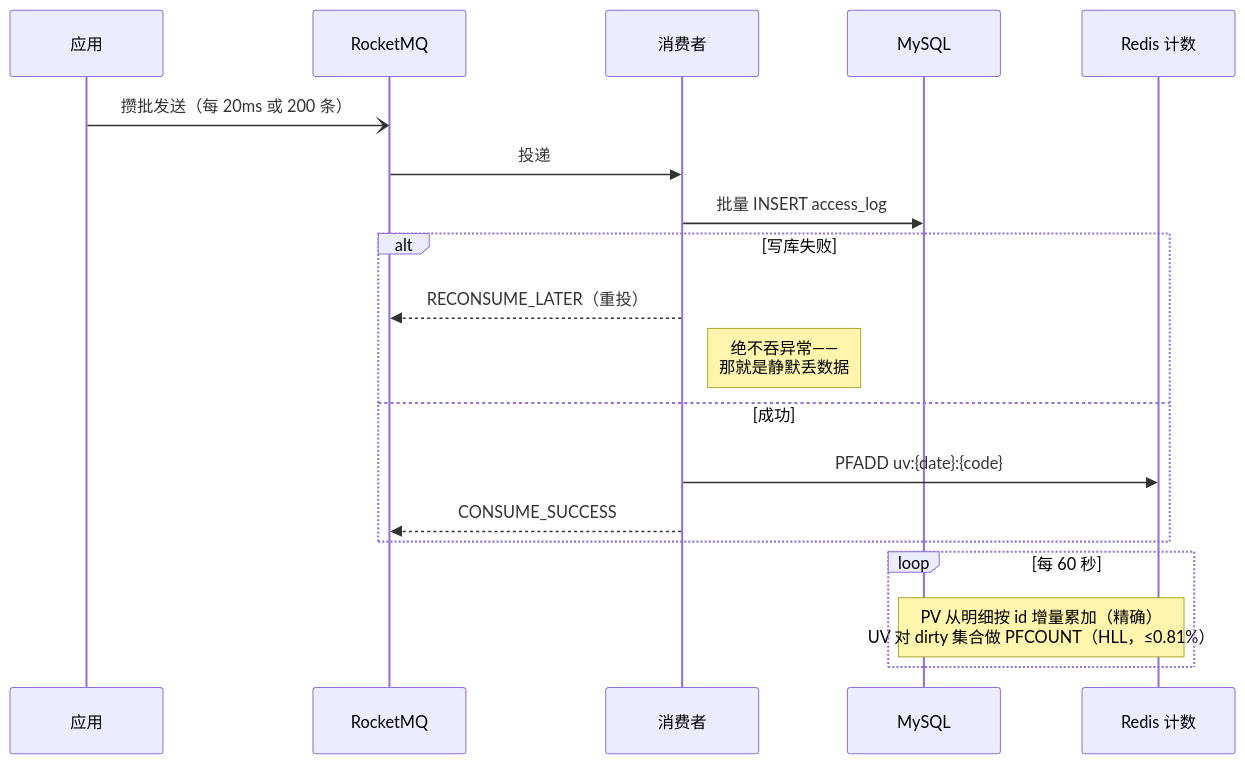
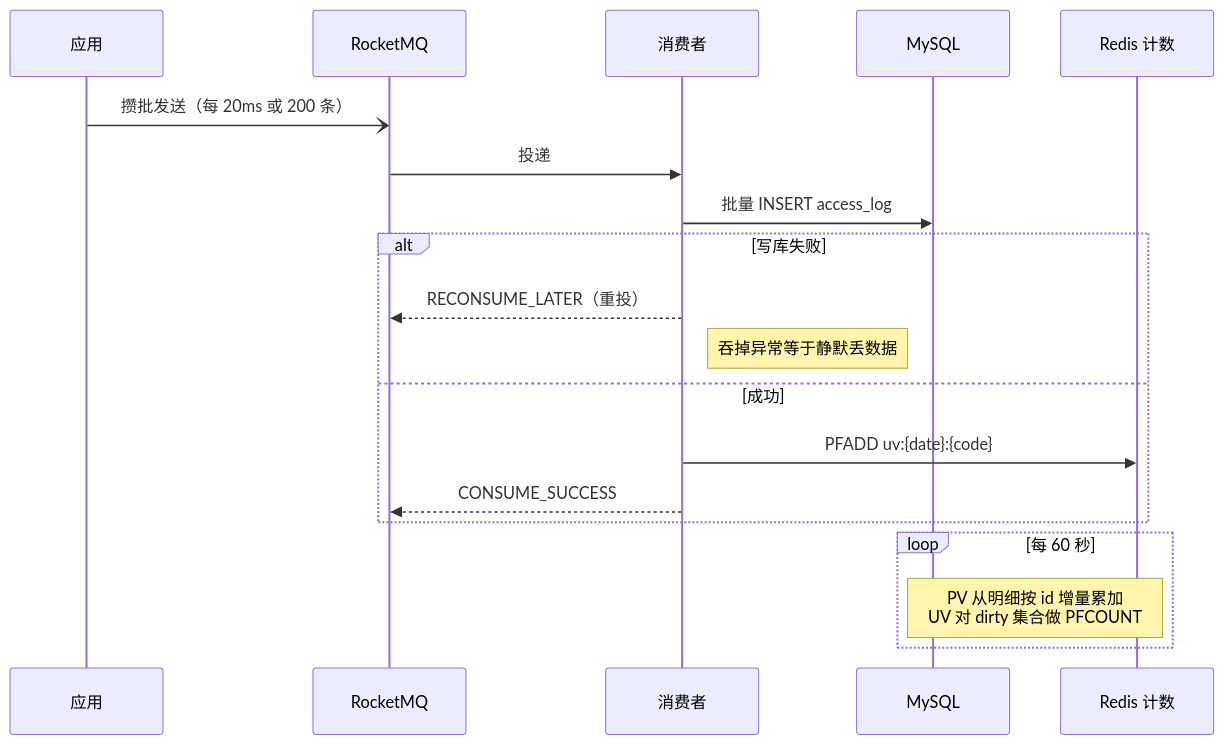
Before and after one commit to Xiangyfff/shortlink: the fourth of 4 diagrams in README.md, drawn with Mermaid. The commit also changed other lines of this file, not shown here.

````diff
--- a/README.md
+++ b/README.md
@@ -197,21 +177,21 @@
 ```mermaid
 sequenceDiagram
     participant A as 应用
     participant MQ as RocketMQ
     participant C as 消费者
     participant D as MySQL
     participant H as Redis 计数
     A-)MQ: 攒批发送（每 20ms 或 200 条）
     MQ->>C: 投递
     C->>D: 批量 INSERT access_log
     alt 写库失败
         C-->>MQ: RECONSUME_LATER（重投）
-        Note right of C: 绝不吞异常——<br/>那就是静默丢数据
+        Note right of C: 吞掉异常等于静默丢数据
     else 成功
         C->>H: PFADD uv:{date}:{code}
         C-->>MQ: CONSUME_SUCCESS
     end
     loop 每 60 秒
-        Note over D,H: PV 从明细按 id 增量累加（精确）<br/>UV 对 dirty 集合做 PFCOUNT（HLL，≤0.81%）
+        Note over D,H: PV 从明细按 id 增量累加<br/>UV 对 dirty 集合做 PFCOUNT
     end
 ```
````
